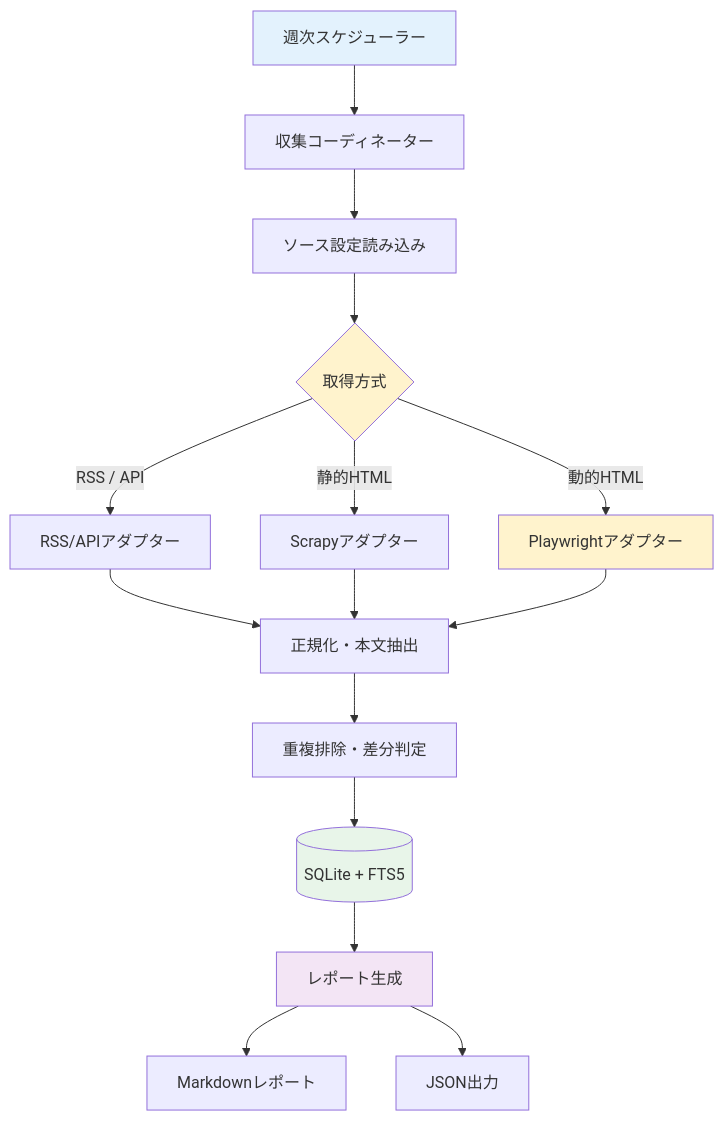
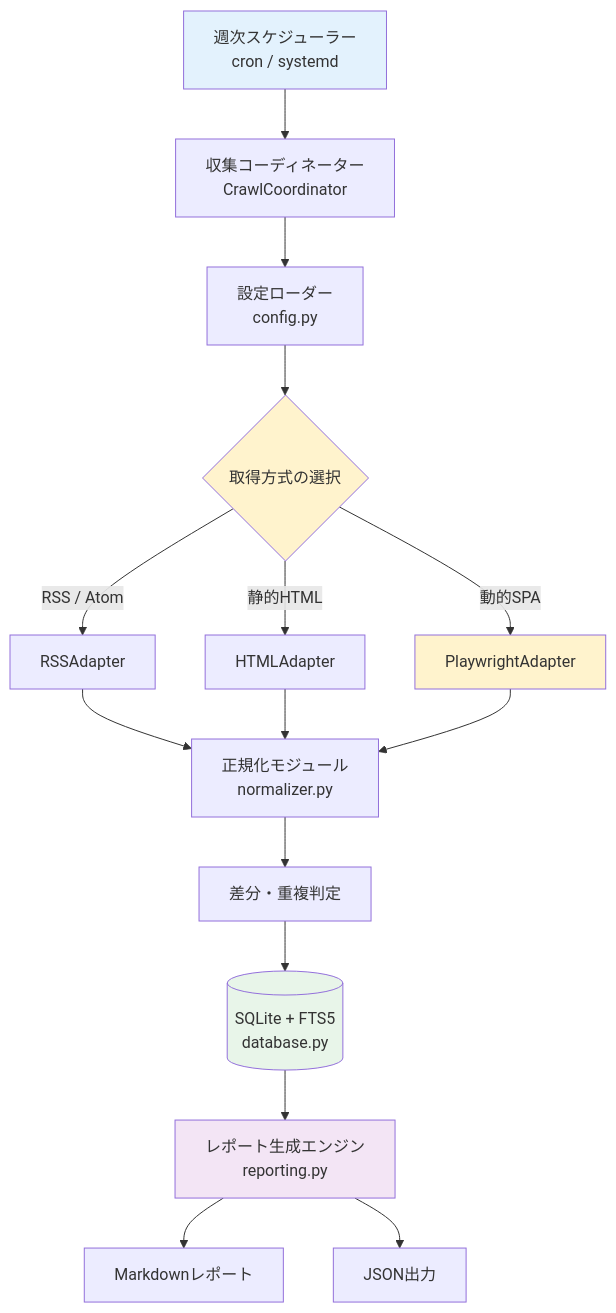
Before and after one commit to norizou/news_crawler: the first of 3 diagrams in Idea_memo.md, drawn with Mermaid. The commit also changed other lines of this file, not shown here.

````diff
--- a/Idea_memo.md
+++ b/Idea_memo.md
@@ -24,23 +50,23 @@
 ```mermaid
 graph TD
-    S[週次スケジューラー] --> C[収集コーディネーター]
-    C --> R[ソース設定読み込み]
-    R --> T{取得方式}
-    T -->|RSS / API| A[RSS/APIアダプター]
-    T -->|静的HTML| B[Scrapyアダプター]
-    T -->|動的HTML| P[Playwrightアダプター]
-    A --> N[正規化・本文抽出]
+    S[週次スケジューラー<br/>cron / systemd] --> C[収集コーディネーター<br/>CrawlCoordinator]
+    C --> R[設定ローダー<br/>config.py]
+    R --> T{取得方式の選択}
+    T -->|RSS / Atom| A[RSSAdapter]
+    T -->|静的HTML| B[HTMLAdapter]
+    T -->|動的SPA| P[PlaywrightAdapter]
+    A --> N[正規化モジュール<br/>normalizer.py]
     B --> N
     P --> N
-    N --> D[重複排除・差分判定]
-    D --> DB[(SQLite + FTS5)]
-    DB --> O[レポート生成]
+    N --> D[差分・重複判定]
+    D --> DB[(SQLite + FTS5<br/>database.py)]
+    DB --> O[レポート生成エンジン<br/>reporting.py]
     O --> M[Markdownレポート]
     O --> J[JSON出力]
 
     style S fill:#e3f2fd
     style T fill:#fff3cd
     style P fill:#fff3cd
     style DB fill:#e8f5e9
     style O fill:#f3e5f5
 ```
````
